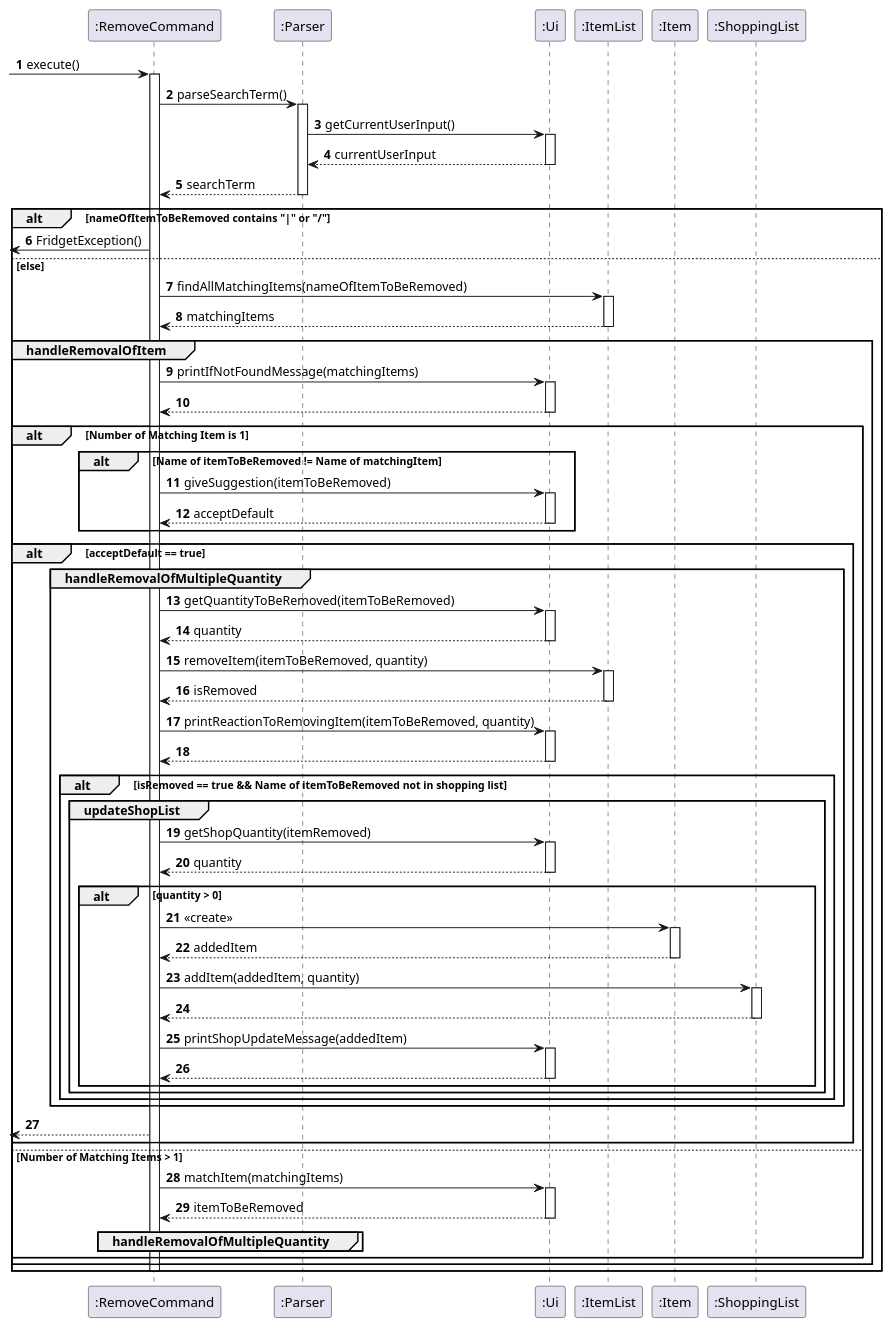
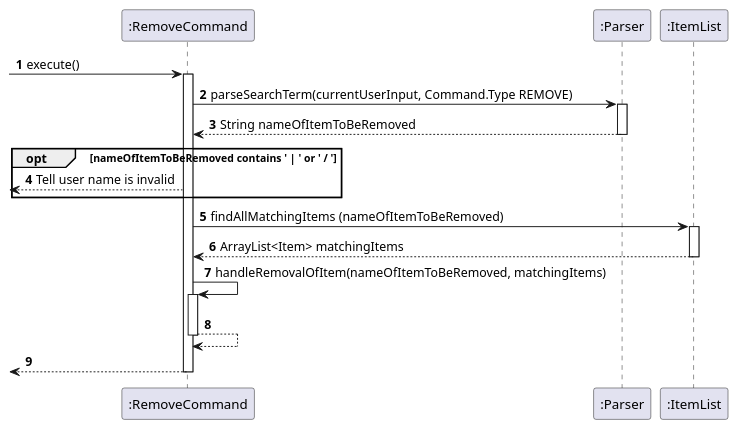
Before and after one commit to uosjapuelks/tp: the diagram in docs/pumlFiles/RemoveSequence.puml, drawn with PlantUML. The commit also changed 8 other files, not shown here.

Commit message:
Add Remove Sequence diagram

```diff
--- a/docs/pumlFiles/RemoveSequence.puml
+++ b/docs/pumlFiles/RemoveSequence.puml
@@ -1,91 +1,34 @@
 @startuml
 'https://plantuml.com/sequence-diagram
 
 autonumber
 
--> ":RemoveCommand"++: execute()
+-> ":RemoveCommand": execute()
 
-":RemoveCommand" -> ":Parser"++: parseSearchTerm()
+activate ":RemoveCommand"
 
-":Parser" -> ":Ui"++: getCurrentUserInput()
-":Parser" <-- ":Ui"--: currentUserInput
+":RemoveCommand" -> ":Parser" : parseSearchTerm(currentUserInput, Command.Type REMOVE)
+activate ":Parser"
+":RemoveCommand" <-- ":Parser": String nameOfItemToBeRemoved
+deactivate ":Parser"
 
-":RemoveCommand" <-- ":Parser"--: searchTerm
+opt nameOfItemToBeRemoved contains ' | ' or ' / '
 
-alt nameOfItemToBeRemoved contains "|" or "/"
+    <-- ":RemoveCommand" : Tell user name is invalid
 
-<- ":RemoveCommand": FridgetException()
-
-else else
-
-":RemoveCommand" -> ":ItemList"++: findAllMatchingItems(nameOfItemToBeRemoved)
-":RemoveCommand" <-- ":ItemList"--: matchingItems
-
-    group handleRemovalOfItem
-
-        ":RemoveCommand" -> ":Ui"++: printIfNotFoundMessage(matchingItems)
-        ":RemoveCommand" <-- ":Ui"--
-
-        alt Number of Matching Item is 1
-
-            alt Name of itemToBeRemoved != Name of matchingItem
-                ":RemoveCommand" -> ":Ui"++: giveSuggestion(itemToBeRemoved)
-                ":RemoveCommand" <-- ":Ui"--: acceptDefault
-            end
-
-            alt acceptDefault == true
-
-                group handleRemovalOfMultipleQuantity
-
-                    ":RemoveCommand" -> ":Ui"++: getQuantityToBeRemoved(itemToBeRemoved)
-                    ":RemoveCommand" <-- ":Ui"--: quantity
-
-                    ":RemoveCommand" -> ":ItemList"++: removeItem(itemToBeRemoved, quantity)
-                    ":RemoveCommand" <-- ":ItemList"--: isRemoved
-
-                    ":RemoveCommand" -> ":Ui"++: printReactionToRemovingItem(itemToBeRemoved, quantity)
-                    ":RemoveCommand" <-- ":Ui"--
-
-                    alt isRemoved == true && Name of itemToBeRemoved not in shopping list
-
-                        group updateShopList
-
-                            ":RemoveCommand" -> ":Ui"++: getShopQuantity(itemRemoved)
-                            ":RemoveCommand" <-- ":Ui"--: quantity
-
-                            alt quantity > 0
-                                ":RemoveCommand" -> ":Item"++: <<create>>
-                                ":RemoveCommand" <-- ":Item"--: addedItem
-
-                                ":RemoveCommand" -> ":ShoppingList"++: addItem(addedItem, quantity)
-                                ":RemoveCommand" <-- ":ShoppingList"--
-
-                                ":RemoveCommand" -> ":Ui"++: printShopUpdateMessage(addedItem)
-                                ":RemoveCommand" <-- ":Ui"--
-                            end
-
-                        end
-
-                    end
-
-                end
-
-                <-- ":RemoveCommand"
-
-            end
-
-        else Number of Matching Items > 1
-
-            ":RemoveCommand" -> ":Ui"++: matchItem(matchingItems)
-            ":RemoveCommand" <-- ":Ui"--: itemToBeRemoved
-
-            group handleRemovalOfMultipleQuantity
-            end
-
-        end
-
-    end
-    deactivate ":RemoveCommand"
 end
 
+":RemoveCommand" -> ":ItemList" : findAllMatchingItems (nameOfItemToBeRemoved)
+activate ":ItemList"
+":RemoveCommand" <-- ":ItemList" : ArrayList<Item> matchingItems
+deactivate ":ItemList"
+
+":RemoveCommand" -> ":RemoveCommand": handleRemovalOfItem(nameOfItemToBeRemoved, matchingItems)
+activate ":RemoveCommand"
+":RemoveCommand" --> ":RemoveCommand"
+deactivate ":RemoveCommand"
+
+<-- ":RemoveCommand"
+deactivate ":RemoveCommand"
+
 @enduml
```
